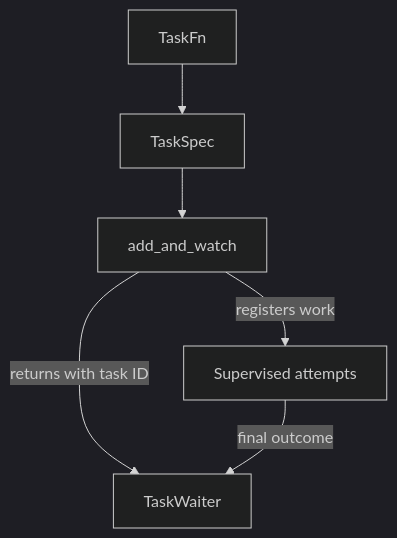
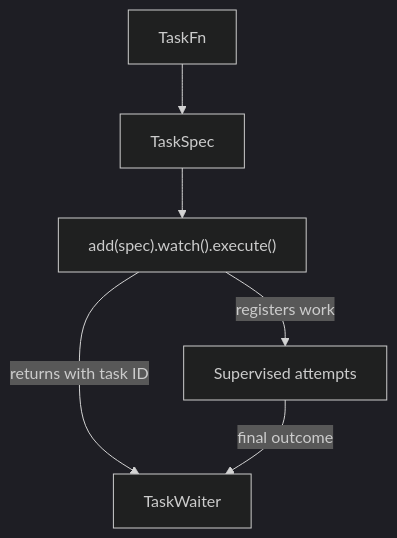
One commit to soltiHQ/taskvisor changed the diagram in docs/quick-start.md. Above: the diagram before and after it, drawn with Mermaid (dark theme). The commit also changed other lines of this file and 70 other files, not shown here.

````diff
--- a/docs/quick-start.md
+++ b/docs/quick-start.md
@@ -85,15 +85,15 @@
 ```mermaid
 flowchart TB
 accTitle: A watched task and its result
 accDescr: Task settings, supervised attempts, and the waiter connect through a watched registration.
 Task["TaskFn"]
 Spec["TaskSpec"]
-Add["add_and_watch"]
+Add["add(spec).watch().execute()"]
 Attempts["Supervised attempts"]
 Waiter["TaskWaiter"]
 Task --> Spec
 Spec --> Add
 Add -->|"registers work"| Attempts
 Add -->|"returns with task ID"| Waiter
 Attempts -->|"final outcome"| Waiter
 ```
````
